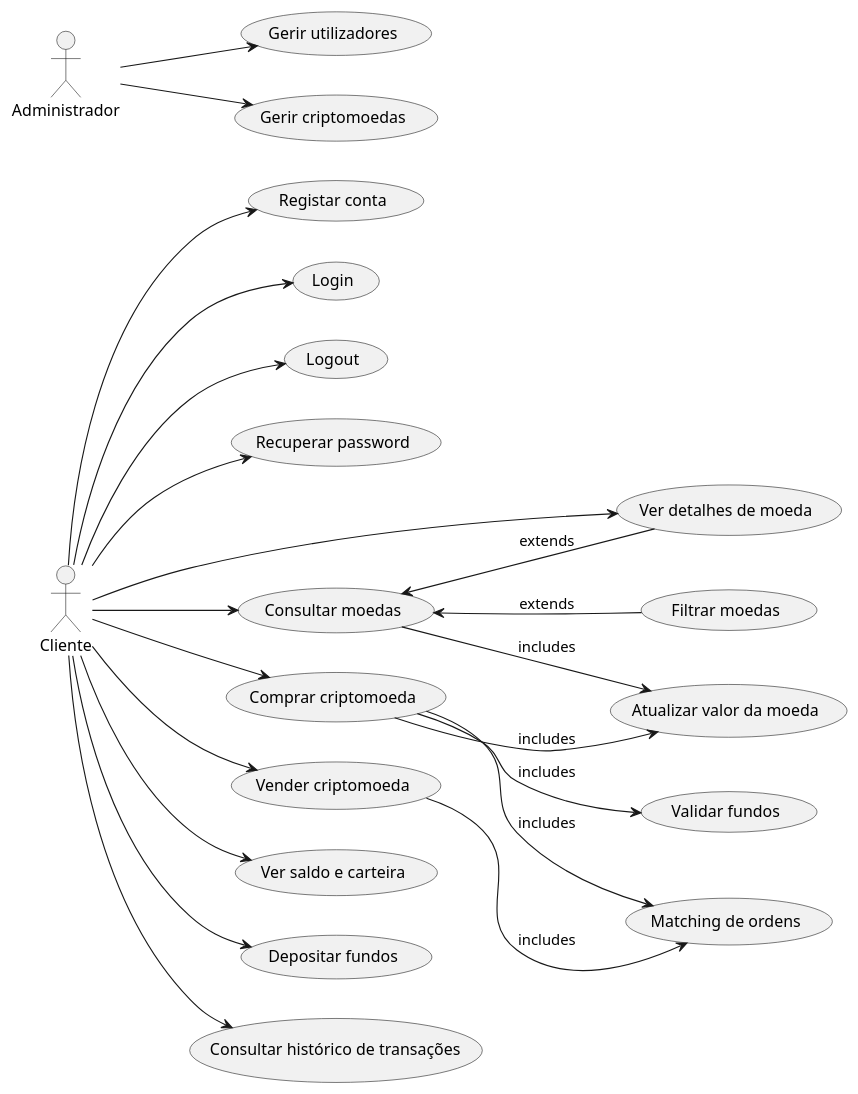
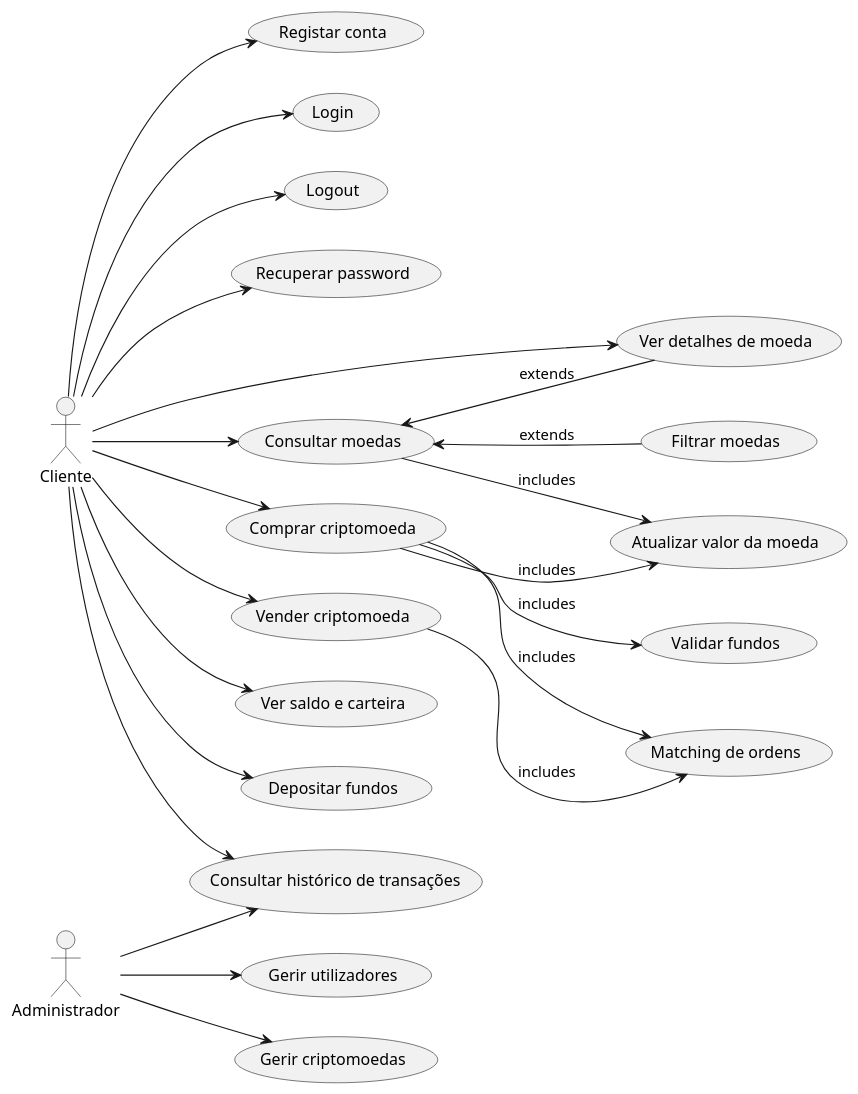
The diagram in docs/Global Artifacts/USD.puml (Jp3teixeira/Velora), drawn with PlantUML before and after one commit. The commit also changed 10 other files, not shown here.

```diff
--- a/docs/Global Artifacts/USD.puml
+++ b/docs/Global Artifacts/USD.puml
@@ -1,38 +1,39 @@
-@startuml eCaseDiagram
+@startuml
 left to right direction
 
 ' Atores
 actor Cliente
 actor Administrador
 
 ' Casos de o do Cliente
 Cliente --> (Registar conta)
 Cliente --> (Login)
 Cliente --> (Logout)
 Cliente --> (Recuperar password)
 Cliente --> (Consultar moedas)
 Cliente --> (Ver detalhes de moeda)
 
 Cliente --> (Ver saldo e carteira)
 Cliente --> (Depositar fundos)
 Cliente --> (Comprar criptomoeda)
 Cliente --> (Vender criptomoeda)
 Cliente --> (Consultar histórico de transações)
 
 
 ' Casos de o do Administrador
 Administrador --> (Gerir utilizadores)
 Administrador --> (Gerir criptomoedas)
+Administrador --> (Consultar histórico de transações)
 
 
 
 ' Relações internas
 (Comprar criptomoeda) --> (Validar fundos) : includes
 (Comprar criptomoeda) --> (Matching de ordens) : includes
 (Vender criptomoeda) --> (Matching de ordens) : includes
 (Consultar moedas) <-- (Filtrar moedas) : extends
 (Consultar moedas) <-- (Ver detalhes de moeda) : extends
 (Comprar criptomoeda) --> (Atualizar valor da moeda) : includes
 (Consultar moedas) --> (Atualizar valor da moeda) : includes
 
 @enduml
```
